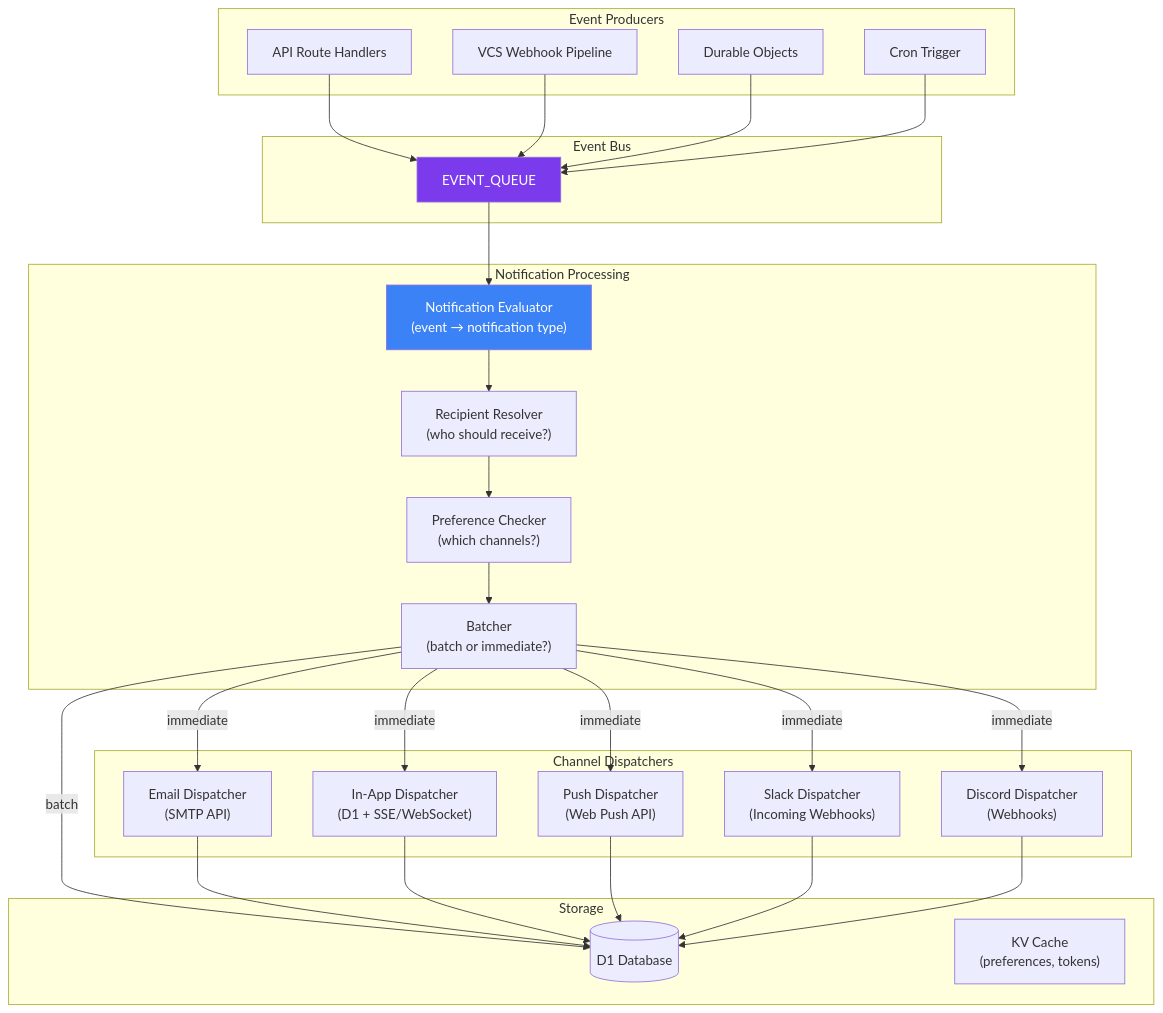
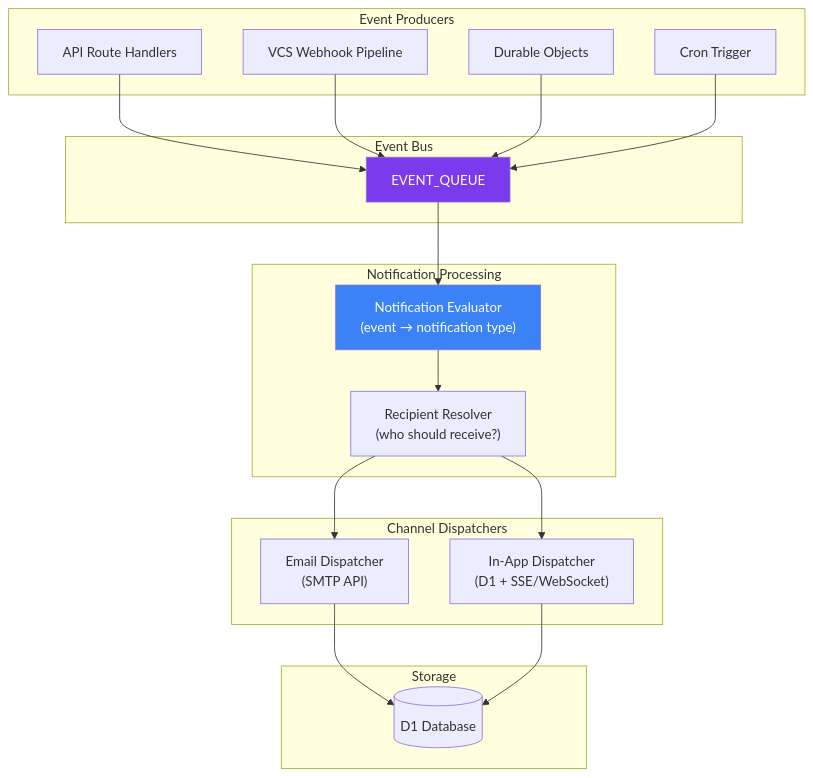
The first of 8 diagrams in docs/v3/planned/notifications.md (devangshupandey2025-stack/DevSage), drawn with Mermaid before and after one commit. The commit also changed other lines of this file, not shown here.

````diff
--- a/docs/v3/planned/notifications.md
+++ b/docs/v3/planned/notifications.md
@@ -50,59 +45,44 @@
 ```mermaid
 flowchart TD
     subgraph "Event Producers"
         API["API Route Handlers"]
         VCS["VCS Webhook Pipeline"]
         DO["Durable Objects"]
         CRON["Cron Trigger"]
     end
 
     subgraph "Event Bus"
         BUS["EVENT_QUEUE"]
     end
 
     subgraph "Notification Processing"
         NE["Notification Evaluator<br/>(event → notification type)"]
         RR["Recipient Resolver<br/>(who should receive?)"]
-        PC["Preference Checker<br/>(which channels?)"]
-        BT["Batcher<br/>(batch or immediate?)"]
     end
 
     subgraph "Channel Dispatchers"
         EM["Email Dispatcher<br/>(SMTP API)"]
         IA["In-App Dispatcher<br/>(D1 + SSE/WebSocket)"]
-        PN["Push Dispatcher<br/>(Web Push API)"]
-        SL["Slack Dispatcher<br/>(Incoming Webhooks)"]
-        DC["Discord Dispatcher<br/>(Webhooks)"]
     end
 
     subgraph "Storage"
         DB[(D1 Database)]
-        KV["KV Cache<br/>(preferences, tokens)"]
     end
 
     API --> BUS
     VCS --> BUS
     DO --> BUS
     CRON --> BUS
 
     BUS --> NE
     NE --> RR
-    RR --> PC
-    PC --> BT
 
-    BT -->|immediate| EM
-    BT -->|immediate| IA
-    BT -->|immediate| PN
-    BT -->|immediate| SL
-    BT -->|immediate| DC
-    BT -->|batch| DB
+    RR --> EM
+    RR --> IA
 
     EM --> DB
     IA --> DB
-    PN --> DB
-    SL --> DB
-    DC --> DB
 
     style BUS fill:#7c3aed,color:#fff
     style NE fill:#3b82f6,color:#fff
 ```
````
